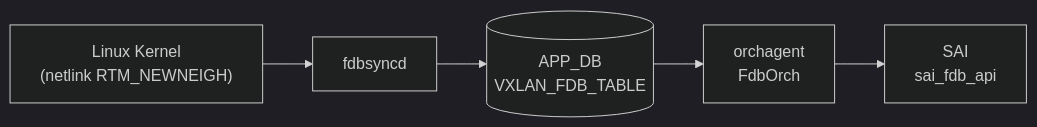
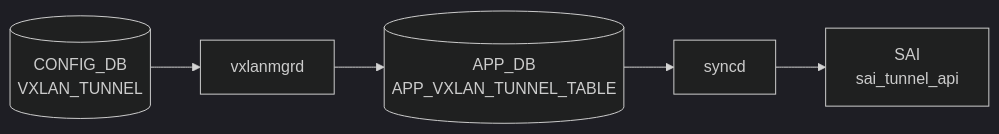
Before and after one commit to aoki-taquan/sonic-unofficial-docs: the diagram in docs/reference/config-db/vxlan-fdb.md, drawn with Mermaid (dark theme). The commit also changed other lines of this file and 359 other files, not shown here.

````diff
--- a/docs/reference/config-db/vxlan-fdb.md
+++ b/docs/reference/config-db/vxlan-fdb.md
@@ -46,12 +46,12 @@
 ```mermaid
 flowchart LR
-  KNL["Linux Kernel\n(netlink RTM_NEWNEIGH)"]
-  FDBSYNCD["fdbsyncd"]
-  KNL --> FDBSYNCD
-  APPDB[("APP_DB\nVXLAN_FDB_TABLE")]
-  FDBSYNCD --> APPDB
-  ORCH["orchagent\nFdbOrch"]
-  APPDB --> ORCH
-  SAI["SAI\nsai_fdb_api"]
-  ORCH --> SAI
+  CDB[("CONFIG_DB<br/>VXLAN_TUNNEL")]
+  DM["vxlanmgrd"]
+  CDB --> DM
+  APPDB[("APP_DB<br/>APP_VXLAN_TUNNEL_TABLE")]
+  DM --> APPDB
+  SYNCD["syncd"]
+  APPDB --> SYNCD
+  SAI["SAI<br/>sai_tunnel_api"]
+  SYNCD --> SAI
 ```
````
